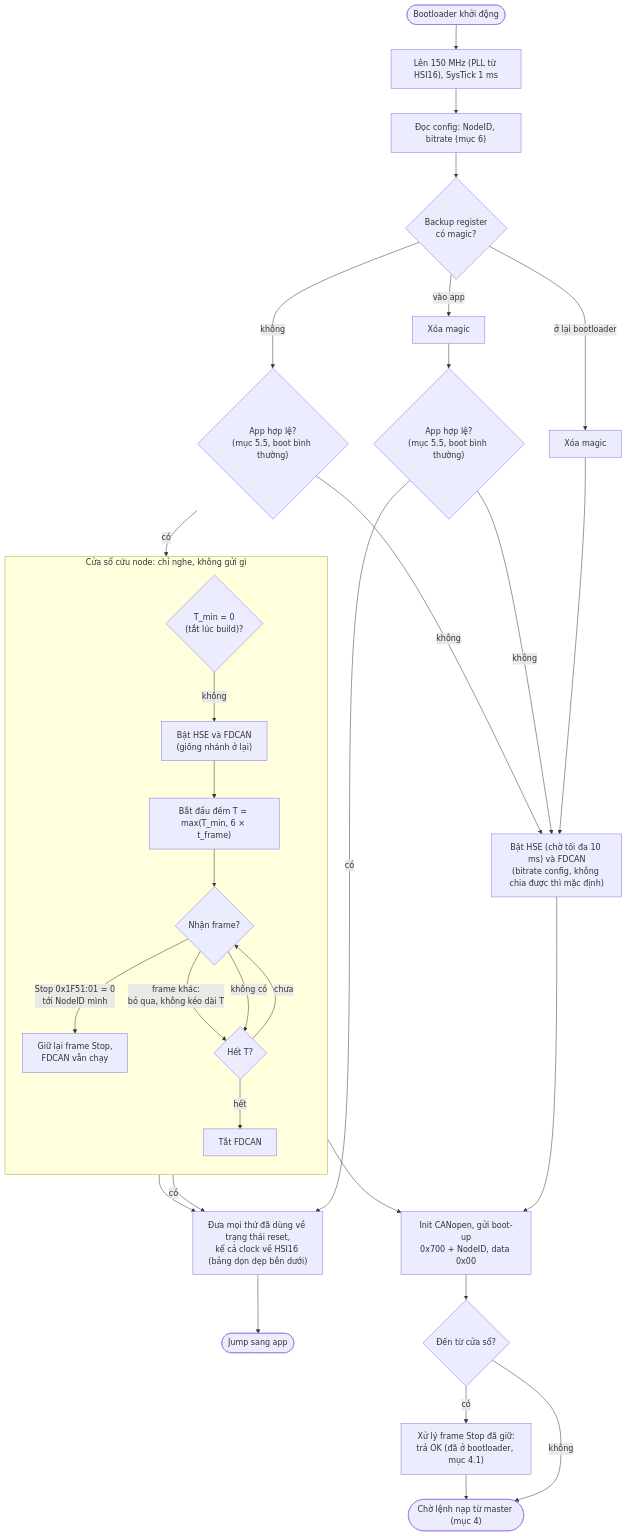
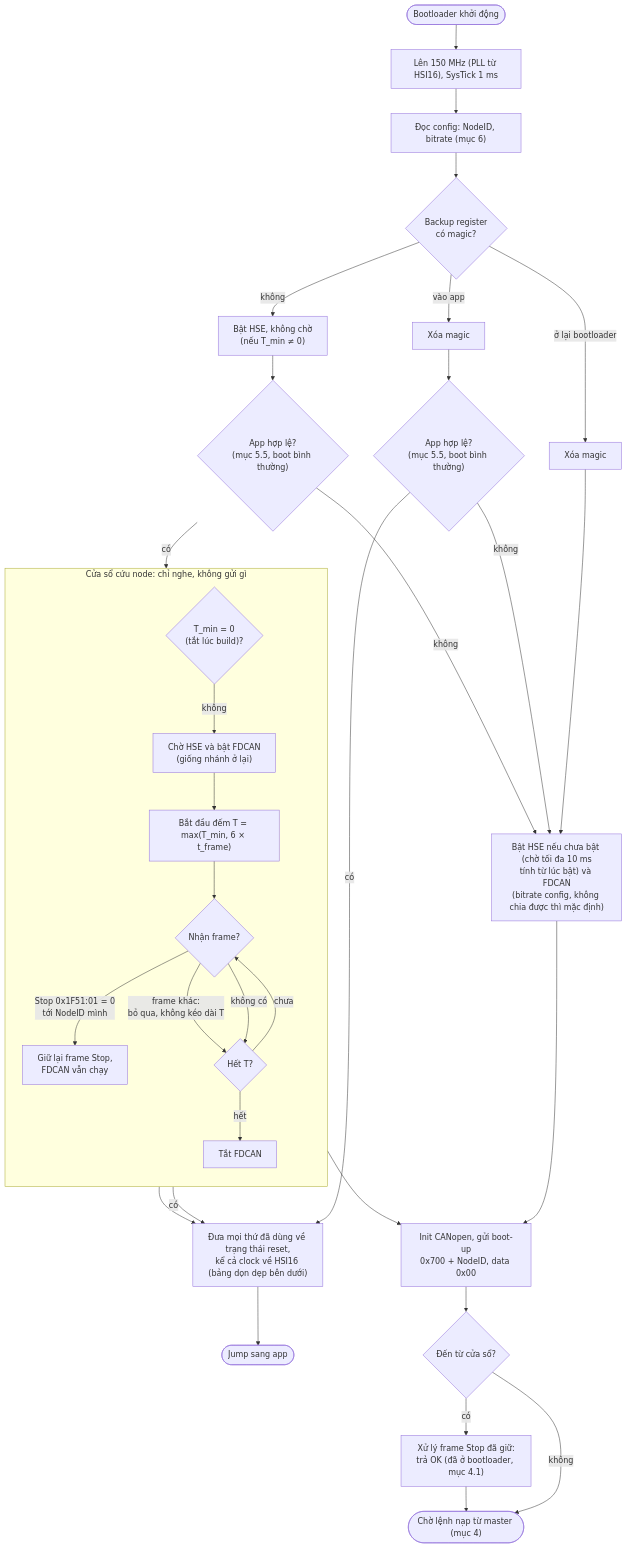
The second of 5 diagrams in docs/design.md (linh97abc/stm32_canopen_bootloader), drawn with Mermaid before and after one commit. The commit also changed other lines of this file and 3 other files, not shown here.

First line of the commit message:
Bật HSE song song với kiểm tra app khi boot bình thường

````diff
--- a/docs/design.md
+++ b/docs/design.md
@@ -90,38 +90,39 @@
 ```mermaid
 flowchart TD
     RST([Bootloader khởi động]) --> CLK["Lên 150 MHz (PLL từ HSI16), SysTick 1 ms"]
     CLK --> CFG["Đọc config: NodeID, bitrate (mục 6)"]
     CFG --> MAGIC{"Backup register<br/>có magic?"}
     MAGIC -- "ở lại bootloader" --> CLR["Xóa magic"]
     CLR --> CAN
     MAGIC -- "vào app" --> CLRG["Xóa magic"]
     CLRG --> CHKG{"App hợp lệ?<br/>(mục 5.5, boot bình thường)"}
     CHKG -- không --> CAN
     CHKG -- có --> CLEAN
-    MAGIC -- không --> CHK{"App hợp lệ?<br/>(mục 5.5, boot bình thường)"}
+    MAGIC -- không --> HSE0["Bật HSE, không chờ<br/>(nếu T_min ≠ 0)"]
+    HSE0 --> CHK{"App hợp lệ?<br/>(mục 5.5, boot bình thường)"}
     CHK -- không --> CAN
     CHK -- có --> OFF{"T_min = 0<br/>(tắt lúc build)?"}
 
     subgraph WINDOW["Cửa sổ cứu node: chỉ nghe, không gửi gì"]
         direction TB
-        OFF -- không --> CANW["Bật HSE và FDCAN<br/>(giống nhánh ở lại)"]
+        OFF -- không --> CANW["Chờ HSE và bật FDCAN<br/>(giống nhánh ở lại)"]
         CANW --> T0["Bắt đầu đếm T = max(T_min, 6 × t_frame)"]
         T0 --> RX{"Nhận frame?"}
         RX -- "Stop 0x1F51:01 = 0<br/>tới NodeID mình" --> CAUGHT["Giữ lại frame Stop,<br/>FDCAN vẫn chạy"]
         RX -- "frame khác:<br/>bỏ qua, không kéo dài T" --> TMO{"Hết T?"}
         RX -- không có --> TMO
         TMO -- chưa --> RX
         TMO -- hết --> DEINIT["Tắt FDCAN"]
     end
 
     OFF -- có --> CLEAN
     DEINIT --> CLEAN["Đưa mọi thứ đã dùng về trạng thái reset,<br/>kể cả clock về HSI16 (bảng dọn dẹp bên dưới)"]
     CLEAN --> JMP([Jump sang app])
 
-    CAN["Bật HSE (chờ tối đa 10 ms) và FDCAN<br/>(bitrate config, không chia được thì mặc định)"] --> CO
+    CAN["Bật HSE nếu chưa bật (chờ tối đa 10 ms<br/>tính từ lúc bật) và FDCAN<br/>(bitrate config, không chia được thì mặc định)"] --> CO
     CAUGHT --> CO["Init CANopen, gửi boot-up<br/>0x700 + NodeID, data 0x00"]
     CO --> REPLY{"Đến từ cửa sổ?"}
     REPLY -- có --> OK["Xử lý frame Stop đã giữ:<br/>trả OK (đã ở bootloader, mục 4.1)"]
     REPLY -- không --> WAIT
     OK --> WAIT(["Chờ lệnh nạp từ master (mục 4)"])
 ```
````
